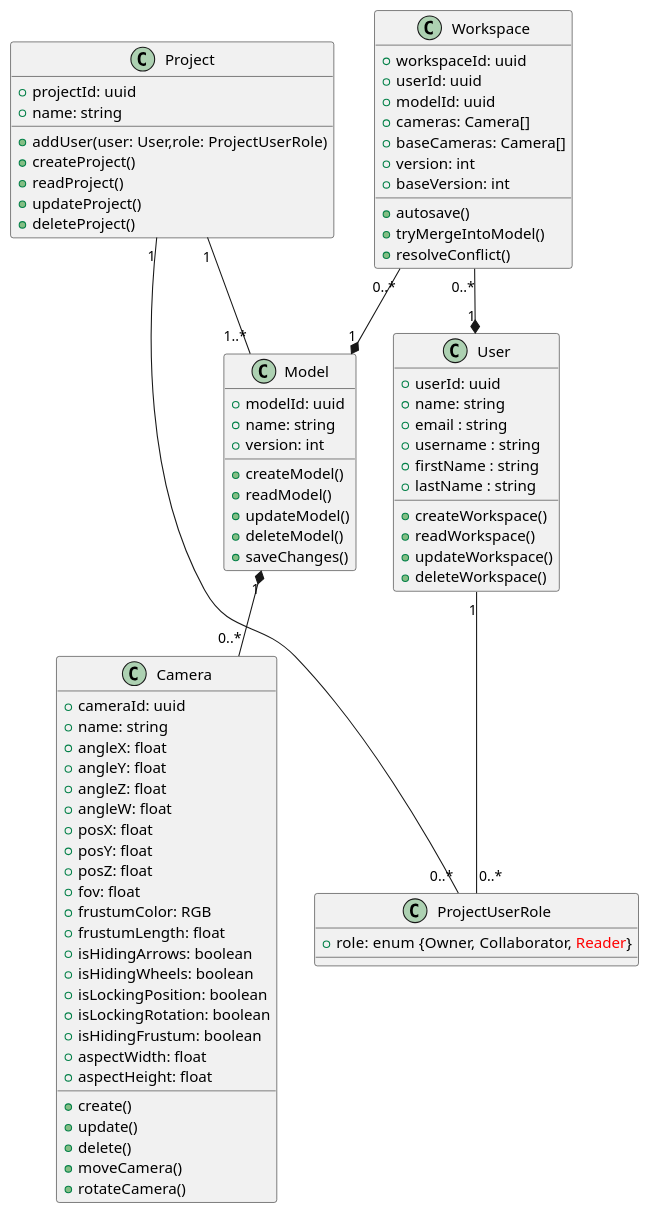
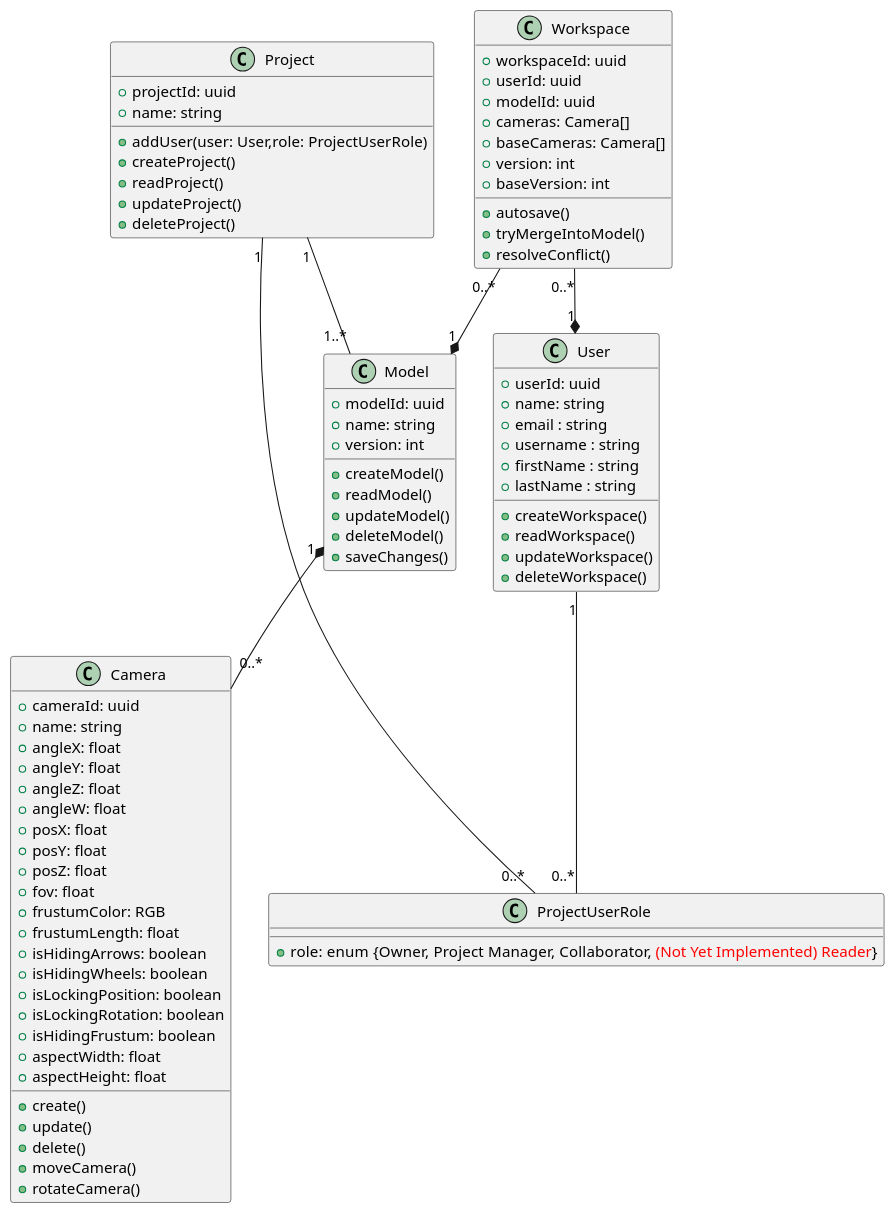
One commit to Ministry-of-Learning-of-Jura-Kites/OmniCam changed the diagram in docs/diagrams/class.puml. Above: the diagram before and after it, drawn with PlantUML. The commit also changed 6 other files, not shown here.

Commit message:
Add 'Not Yet Implemented' to diagrams

```diff
--- a/docs/diagrams/class.puml
+++ b/docs/diagrams/class.puml
@@ -1,88 +1,88 @@
 @startuml Omnicam Class Diagram
 class User {
     +userId: uuid
     +name: string
     +email : string
     +username : string
     +firstName : string
     +lastName : string
     +createWorkspace()
     +readWorkspace()
     +updateWorkspace()
     +deleteWorkspace()
 }
 
 class ProjectUserRole {
-    +role: enum {Owner, Collaborator, <color:red>Reader</color>}
+    +role: enum {Owner, Project Manager, Collaborator, <color:red>(Not Yet Implemented) Reader</color>}
 }
 
 class Project {
     +projectId: uuid
     +name: string
     +addUser(user: User,role: ProjectUserRole)
     +createProject()
     +readProject()
     +updateProject()
     +deleteProject()
 }
 
 class Model {
     +modelId: uuid
     +name: string
     +version: int
     +createModel()
     +readModel()
     +updateModel()
     +deleteModel()
     +saveChanges()
 }
 
 class Camera {
     +cameraId: uuid
     +name: string
     +angleX: float
     +angleY: float
     +angleZ: float
     +angleW: float
     +posX: float
     +posY: float
     +posZ: float
     +fov: float
     +frustumColor: RGB
     +frustumLength: float
     +isHidingArrows: boolean
     +isHidingWheels: boolean
     +isLockingPosition: boolean
     +isLockingRotation: boolean
     +isHidingFrustum: boolean
     +aspectWidth: float
     +aspectHeight: float
     +create()
     +update()
     +delete()
     +moveCamera()
     +rotateCamera()
 }
 
 class Workspace {
     +workspaceId: uuid
     +userId: uuid
     +modelId: uuid
     +cameras: Camera[]
     +baseCameras: Camera[]
     +version: int
     +baseVersion: int
     +autosave()
     +tryMergeIntoModel()
     +resolveConflict()
 }
 
 ' Relationships
 Project "1" -- "1..*" Model
 Model "1" *-- "0..*" Camera
 Workspace "0..*" --* "1" User
 Workspace "0..*" --* "1" Model
 User "1" -- "0..*" ProjectUserRole
 Project "1" -- "0..*" ProjectUserRole
 
 @enduml
```
